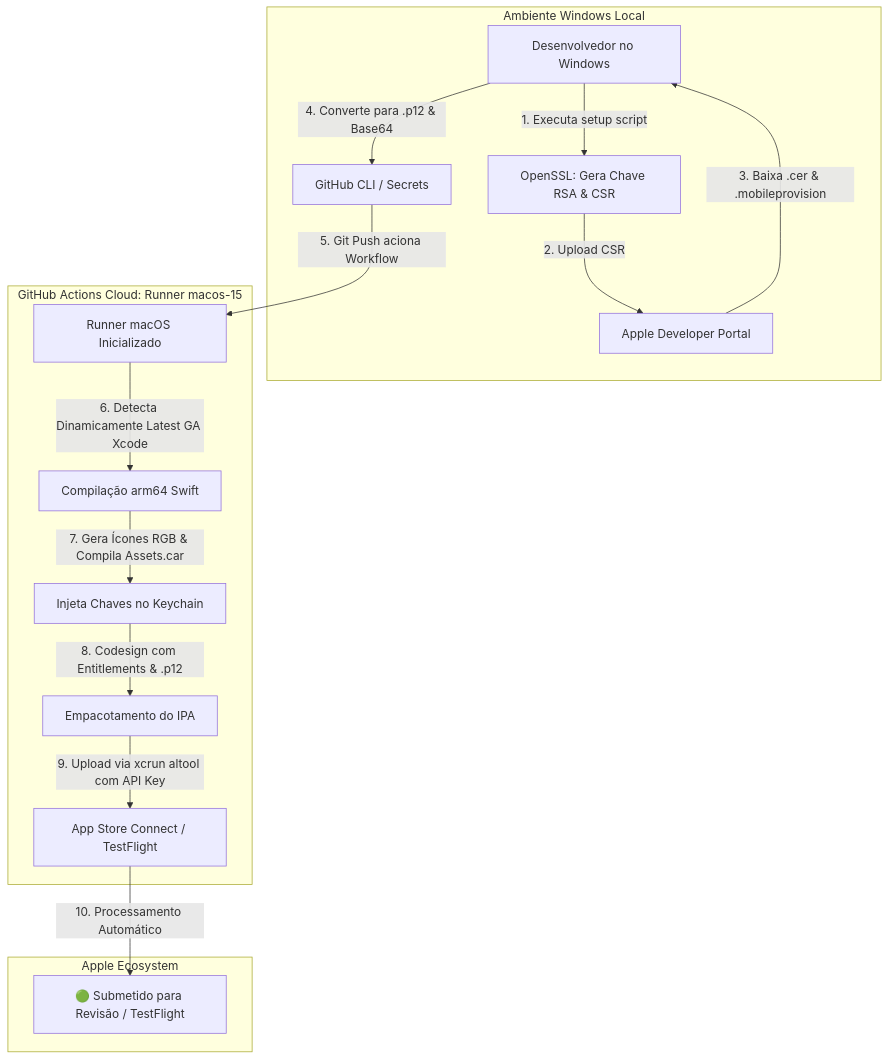
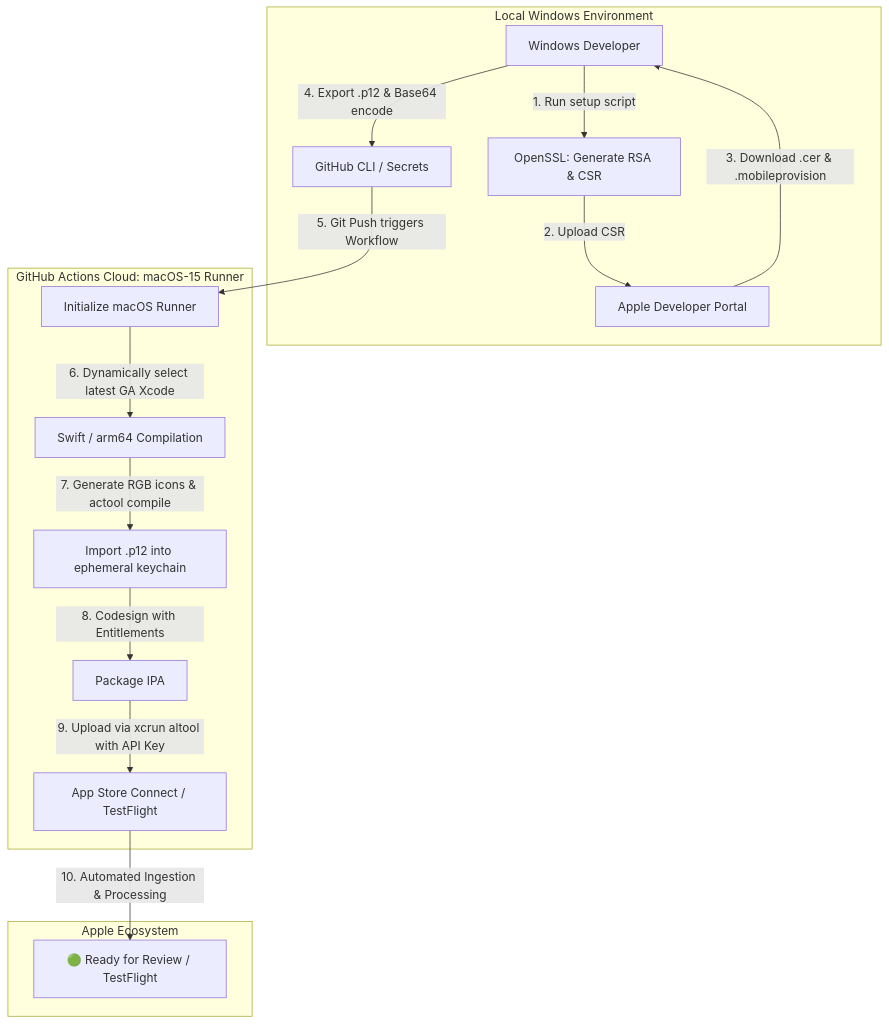
Before and after one commit to robsonjso/ios-windows-appstore-cicd: the diagram in README.md, drawn with Mermaid. The commit also changed other lines of this file and 2 other files, not shown here.

````diff
--- a/README.md
+++ b/README.md
@@ -33,21 +39,21 @@
 ```mermaid
 flowchart TD
-    subgraph Local [Ambiente Windows Local]
-        A[Desenvolvedor no Windows] -->|1. Executa setup script| B[OpenSSL: Gera Chave RSA & CSR]
+    subgraph Local [Local Windows Environment]
+        A[Windows Developer] -->|1. Run setup script| B[OpenSSL: Generate RSA & CSR]
         B -->|2. Upload CSR| C[Apple Developer Portal]
-        C -->|3. Baixa .cer & .mobileprovision| A
-        A -->|4. Converte para .p12 & Base64| D[GitHub CLI / Secrets]
+        C -->|3. Download .cer & .mobileprovision| A
+        A -->|4. Export .p12 & Base64 encode| D[GitHub CLI / Secrets]
     end
 
-    subgraph CI_CD [GitHub Actions Cloud: Runner macos-15]
-        D -->|5. Git Push aciona Workflow| E[Runner macOS Inicializado]
-        E -->|6. Detecta Dinamicamente Latest GA Xcode| F[Compilação arm64 Swift]
-        F -->|7. Gera Ícones RGB & Compila Assets.car| G[Injeta Chaves no Keychain]
-        G -->|8. Codesign com Entitlements & .p12| H[Empacotamento do IPA]
-        H -->|9. Upload via xcrun altool com API Key| I[App Store Connect / TestFlight]
+    subgraph CI_CD [GitHub Actions Cloud: macOS-15 Runner]
+        D -->|5. Git Push triggers Workflow| E[Initialize macOS Runner]
+        E -->|6. Dynamically select latest GA Xcode| F[Swift / arm64 Compilation]
+        F -->|7. Generate RGB icons & actool compile| G[Import .p12 into ephemeral keychain]
+        G -->|8. Codesign with Entitlements| H[Package IPA]
+        H -->|9. Upload via xcrun altool with API Key| I[App Store Connect / TestFlight]
     end
 
     subgraph Apple [Apple Ecosystem]
-        I -->|10. Processamento Automático| J[🟢 Submetido para Revisão / TestFlight]
+        I -->|10. Automated Ingestion & Processing| J[🟢 Ready for Review / TestFlight]
     end
 ```
````
